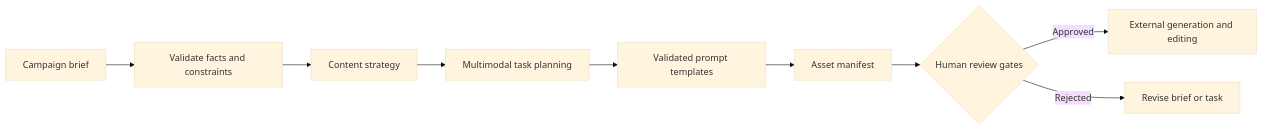
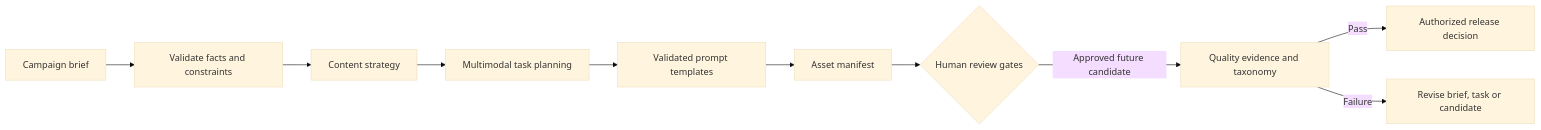
The diagram in README.md (magicyao2028-pixel/aigc-content-production-studio), drawn with Mermaid (base theme) before and after one commit. The commit also changed other lines of this file and 23 other files, not shown here.

Commit message:
Add offline AIGC quality failure taxonomy

````diff
--- a/README.md
+++ b/README.md
@@ -43,11 +45,12 @@
 ```mermaid
 flowchart LR
     B[Campaign brief] --> V[Validate facts and constraints]
     V --> S[Content strategy]
     S --> M[Multimodal task planning]
     M --> T[Validated prompt templates]
     T --> A[Asset manifest]
     A --> G{Human review gates}
-    G -->|Approved| E[External generation and editing]
-    G -->|Rejected| R[Revise brief or task]
+    G -->|Approved future candidate| Q[Quality evidence and taxonomy]
+    Q -->|Pass| E[Authorized release decision]
+    Q -->|Failure| R[Revise brief, task or candidate]
 ```
````
